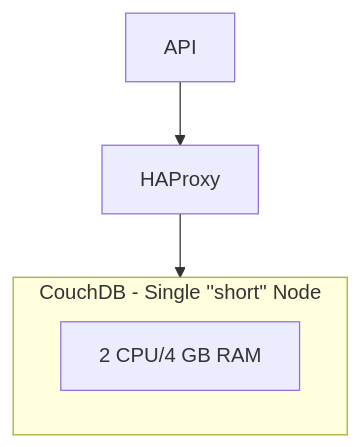
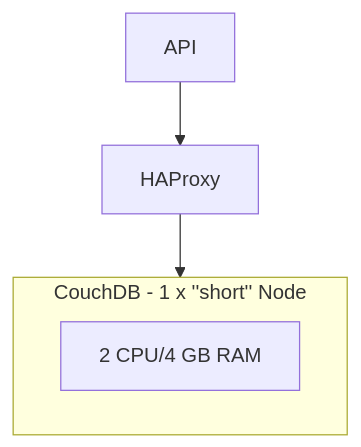
One commit to medic/cht-docs changed the first of 3 diagrams in content/en/hosting/vertical-vs-horizontal.md. Above: the diagram before and after it, drawn with Mermaid. The commit also changed other lines of this file, not shown here.

Commit message:
fix vert vs horz scaled diagrams per #1573

````diff
--- a/content/en/hosting/vertical-vs-horizontal.md
+++ b/content/en/hosting/vertical-vs-horizontal.md
@@ -29,9 +29,9 @@
 ```mermaid
 flowchart TD
 
-subgraph couch1[" CouchDB - Single ''short'' Node "]
+subgraph couch1[" CouchDB - 1 x ''short'' Node "]
     couchInner1["2 CPU/4 GB RAM"]
 end
 
 API["API"] --> HAProxy -->  couch1
 ```
````
